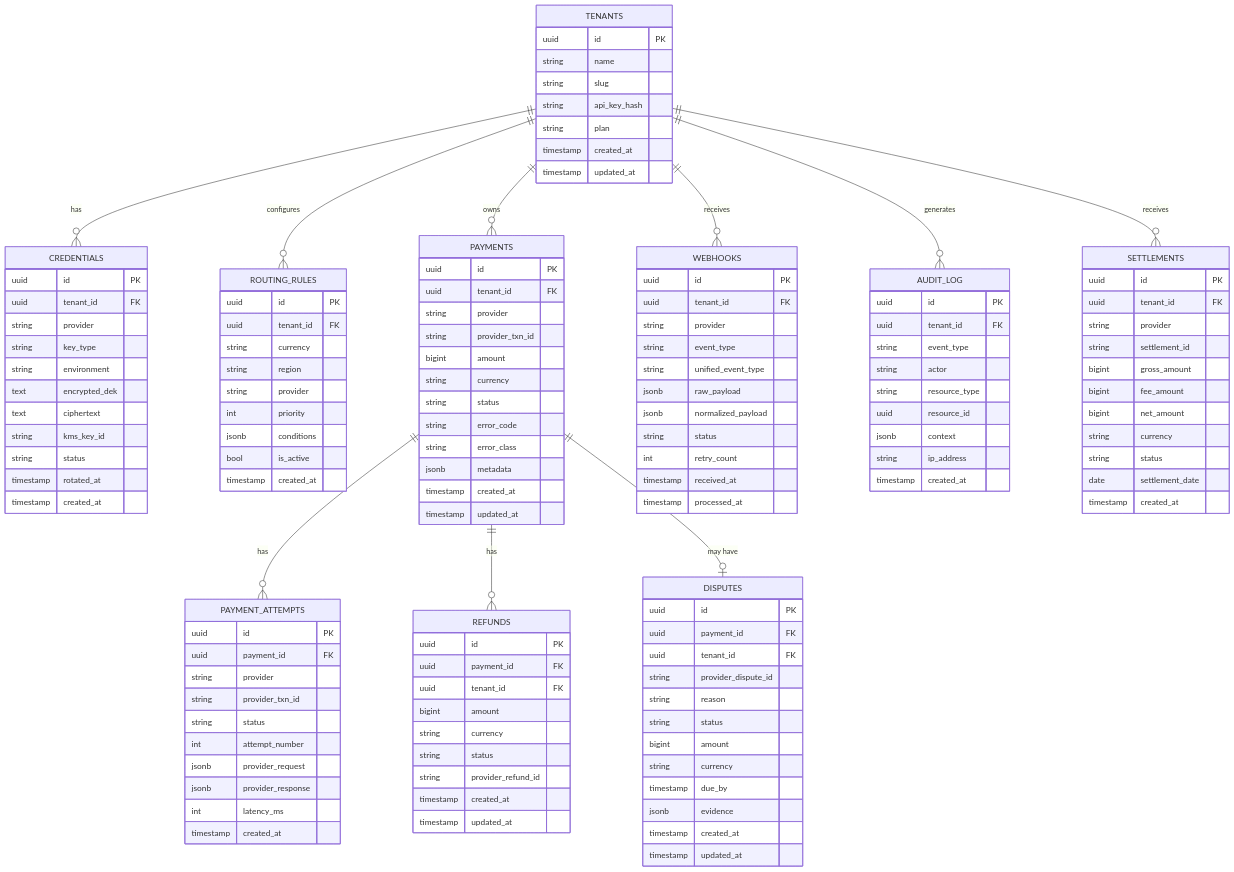
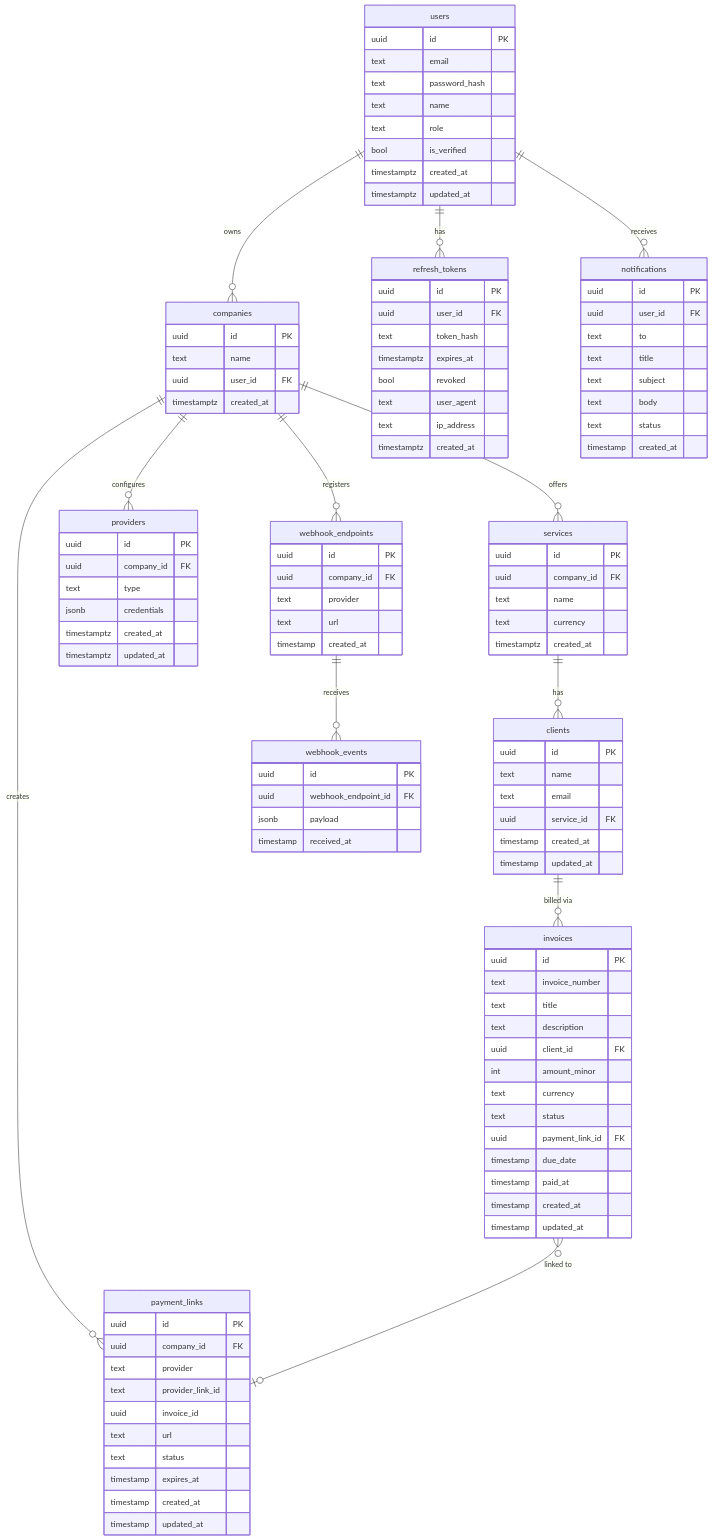
One commit to dev-fm-thekk/payment-saas changed the first of 2 diagrams in docs/db.md. Above: the diagram before and after it, drawn with Mermaid. The commit also changed other lines of this file and 7 other files, not shown here.

````diff
--- a/docs/db.md
+++ b/docs/db.md
@@ -3,144 +13,124 @@
 ```mermaid
 erDiagram
+    users {
+        uuid id PK
+        text email
+        text password_hash
+        text name
+        text role
+        bool is_verified
+        timestamptz created_at
+        timestamptz updated_at
+    }
 
-  TENANTS {
-    uuid id PK
-    string name
-    string slug
-    string api_key_hash
-    string plan
-    timestamp created_at
-    timestamp updated_at
-  }
+    companies {
+        uuid id PK
+        text name
+        uuid user_id FK
+        timestamptz created_at
+    }
 
-  CREDENTIALS {
-    uuid id PK
-    uuid tenant_id FK
-    string provider
-    string key_type
-    string environment
-    text encrypted_dek
-    text ciphertext
-    string kms_key_id
-    string status
-    timestamp rotated_at
-    timestamp created_at
-  }
+    services {
+        uuid id PK
+        uuid company_id FK
+        text name
+        text currency
+        timestamptz created_at
+    }
 
-  ROUTING_RULES {
-    uuid id PK
-    uuid tenant_id FK
-    string currency
-    string region
-    string provider
-    int priority
-    jsonb conditions
-    bool is_active
-    timestamp created_at
-  }
+    clients {
+        uuid id PK
+        text name
+        text email
+        uuid service_id FK
+        timestamp created_at
+        timestamp updated_at
+    }
 
-  PAYMENTS {
-    uuid id PK
-    uuid tenant_id FK
-    string provider
-    string provider_txn_id
-    bigint amount
-    string currency
-    string status
-    string error_code
-    string error_class
-    jsonb metadata
-    timestamp created_at
-    timestamp updated_at
-  }
+    providers {
+        uuid id PK
+        uuid company_id FK
+        text type
+        jsonb credentials
+        timestamptz created_at
+        timestamptz updated_at
+    }
 
-  PAYMENT_ATTEMPTS {
-    uuid id PK
-    uuid payment_id FK
-    string provider
-    string provider_txn_id
-    string status
-    int attempt_number
-    jsonb provider_request
-    jsonb provider_response
-    int latency_ms
-    timestamp created_at
-  }
+    payment_links {
+        uuid id PK
+        uuid company_id FK
+        text provider
+        text provider_link_id
+        uuid invoice_id
+        text url
+        text status
+        timestamp expires_at
+        timestamp created_at
+        timestamp updated_at
+    }
 
-  REFUNDS {
-    uuid id PK
-    uuid payment_id FK
-    uuid tenant_id FK
-    bigint amount
-    string currency
-    string status
-    string provider_refund_id
-    timestamp created_at
-    timestamp updated_at
-  }
+    invoices {
+        uuid id PK
+        text invoice_number
+        text title
+        text description
+        uuid client_id FK
+        int amount_minor
+        text currency
+        text status
+        uuid payment_link_id FK
+        timestamp due_date
+        timestamp paid_at
+        timestamp created_at
+        timestamp updated_at
+    }
 
-  WEBHOOKS {
-    uuid id PK
-    uuid tenant_id FK
-    string provider
-    string event_type
-    string unified_event_type
-    jsonb raw_payload
-    jsonb normalized_payload
-    string status
-    int retry_count
-    timestamp received_at
-    timestamp processed_at
-  }
+    refresh_tokens {
+        uuid id PK
+        uuid user_id FK
+        text token_hash
+        timestamptz expires_at
+        bool revoked
+        text user_agent
+        text ip_address
+        timestamptz created_at
+    }
 
-  DISPUTES {
-    uuid id PK
-    uuid payment_id FK
-    uuid tenant_id FK
-    string provider_dispute_id
-    string reason
-    string status
-    bigint amount
-    string currency
-    timestamp due_by
-    jsonb evidence
-    timestamp created_at
-    timestamp updated_at
-  }
+    webhook_endpoints {
+        uuid id PK
+        uuid company_id FK
+        text provider
+        text url
+        timestamp created_at
+    }
 
-  AUDIT_LOG {
-    uuid id PK
-    uuid tenant_id FK
-    string event_type
-    string actor
-    string resource_type
-    uuid resource_id
-    jsonb context
-    string ip_address
-    timestamp created_at
-  }
+    webhook_events {
+        uuid id PK
+        uuid webhook_endpoint_id FK
+        jsonb payload
+        timestamp received_at
+    }
 
-  SETTLEMENTS {
-    uuid id PK
-    uuid tenant_id FK
-    string provider
-    string settlement_id
-    bigint gross_amount
-    bigint fee_amount
-    bigint net_amount
-    string currency
-    string status
-    date settlement_date
-    timestamp created_at
-  }
+    notifications {
+        uuid id PK
+        uuid user_id FK
+        text to
+        text title
+        text subject
+        text body
+        text status
+        timestamp created_at
+    }
 
-  TENANTS ||--o{ CREDENTIALS : "has"
-  TENANTS ||--o{ ROUTING_RULES : "configures"
-  TENANTS ||--o{ PAYMENTS : "owns"
-  TENANTS ||--o{ WEBHOOKS : "receives"
-  TENANTS ||--o{ AUDIT_LOG : "generates"
-  TENANTS ||--o{ SETTLEMENTS : "receives"
-  PAYMENTS ||--o{ PAYMENT_ATTEMPTS : "has"
-  PAYMENTS ||--o{ REFUNDS : "has"
-  PAYMENTS ||--o| DISPUTES : "may have"
+    users ||--o{ companies : "owns"
+    users ||--o{ refresh_tokens : "has"
+    users ||--o{ notifications : "receives"
+    companies ||--o{ services : "offers"
+    companies ||--o{ providers : "configures"
+    companies ||--o{ payment_links : "creates"
+    companies ||--o{ webhook_endpoints : "registers"
+    services ||--o{ clients : "has"
+    clients ||--o{ invoices : "billed via"
+    invoices }o--o| payment_links : "linked to"
+    webhook_endpoints ||--o{ webhook_events : "receives"
 ```
````
